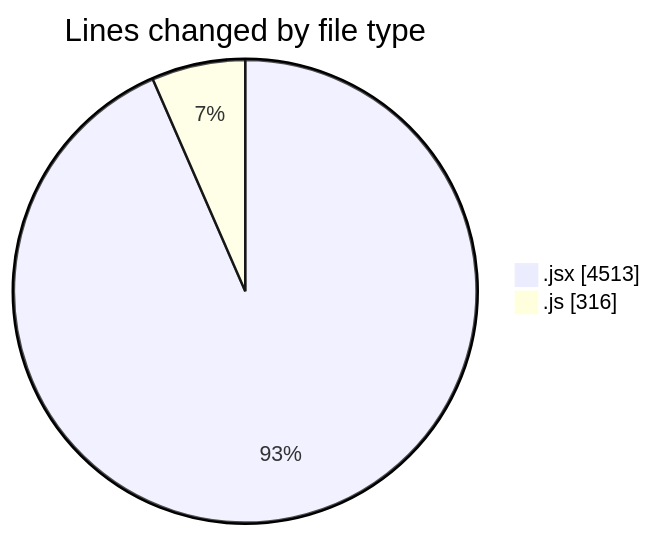
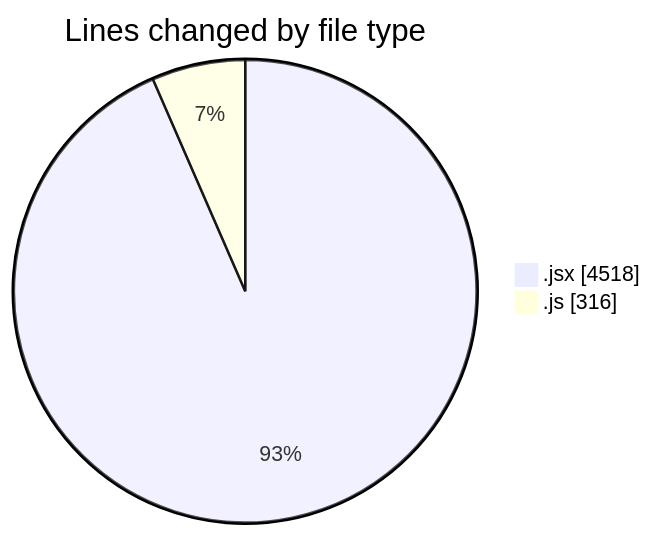
One commit to nxtqubesakshisongat/code-tracking changed the first of 2 diagrams in 2025-07-13/argos/README.md. Above: the diagram before and after it, drawn with Mermaid. The commit also changed other lines of this file and 1 other file, not shown here.

````diff
--- a/2025-07-13/argos/README.md
+++ b/2025-07-13/argos/README.md
@@ -23,6 +23,6 @@
 ```mermaid
 pie showData
 title Lines changed by file type
-".jsx" : 4513
+".jsx" : 4518
 ".js" : 316
 ```
````
